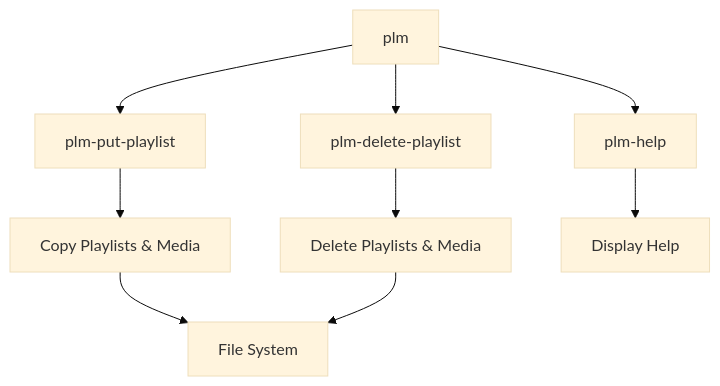
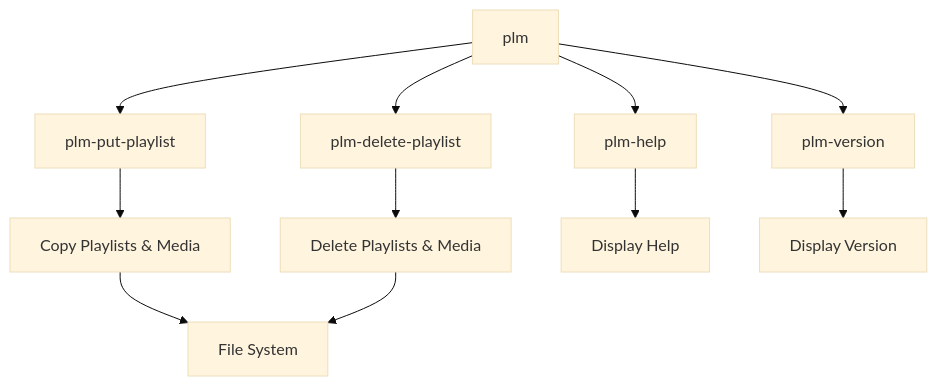
The first of 2 diagrams in doc/overview.md (upperstream/playlist-manager), drawn with Mermaid (base theme) before and after one commit. The commit also changed other lines of this file and 6 other files, not shown here.

First line of the commit message:
Add 'version' subcommand to `plm`

````diff
--- a/doc/overview.md
+++ b/doc/overview.md
@@ -21,13 +21,15 @@
 ```mermaid
 graph TD
     A[plm] --> B[plm-put-playlist]
     A --> C[plm-delete-playlist]
     A --> D[plm-help]
+    A --> I[plm-version]
     
     B --> E[Copy Playlists & Media]
     C --> F[Delete Playlists & Media]
     D --> G[Display Help]
+    I --> J[Display Version]
     
     E --> H[File System]
     F --> H
 ```
````
